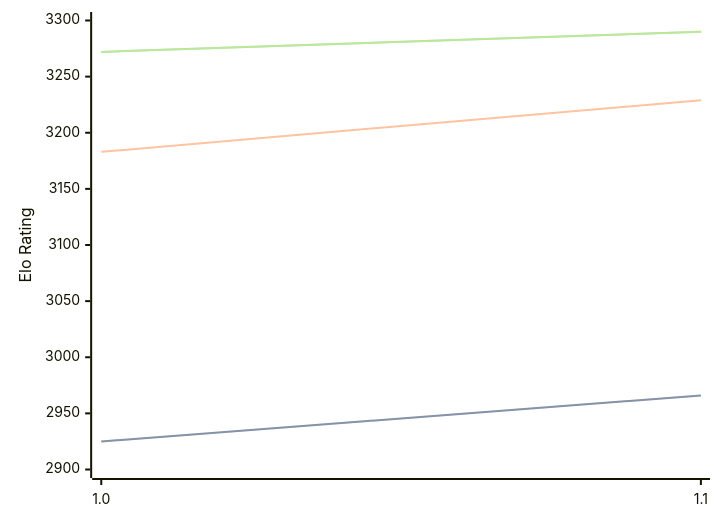
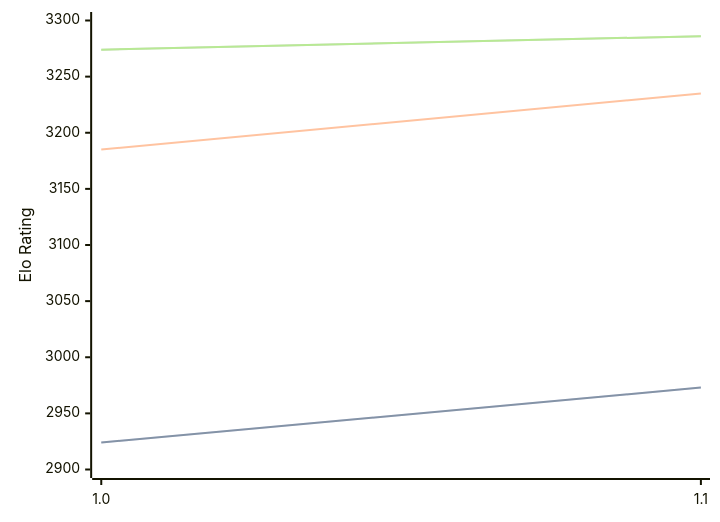
Before and after one commit to computer-chess-index/cci: the diagram in engines/RodentV.md, drawn with Mermaid. The commit also changed other lines of this file, not shown here.

Commit message:
Update CCI Ratings (ELO VLTC) - 2026-08-10

````diff
--- a/engines/RodentV.md
+++ b/engines/RodentV.md
@@ -32,11 +32,11 @@
 ```mermaid
 %%{init: {"theme":"base","themeVariables":{"seriesColors:['#a3a3a3','#222221','#faa371']}}}%%
 xychart-beta
   x-axis ["1.0", "1.1"]
   y-axis "Elo Rating" 2900 --> 3300
-  line "STC (8.0+0.08s)" [2925, 2966]
-  line "STC (8.0+0.08s)" [2925, 2966]
-  line "LTC (60.0+0.60s)" [3183, 3229]
-  line "VLTC (2m24s+1.12s)" [3272, 3290]
-  line "VLTC (2m24s+1.12s)" [3272, 3290]
+  line "STC (8.0+0.08s)" [2924, 2973]
+  line "STC (8.0+0.08s)" [2924, 2973]
+  line "LTC (60.0+0.60s)" [3185, 3235]
+  line "VLTC (2m24s+1.12s)" [3274, 3286]
+  line "VLTC (2m24s+1.12s)" [3274, 3286]
 ```
````
